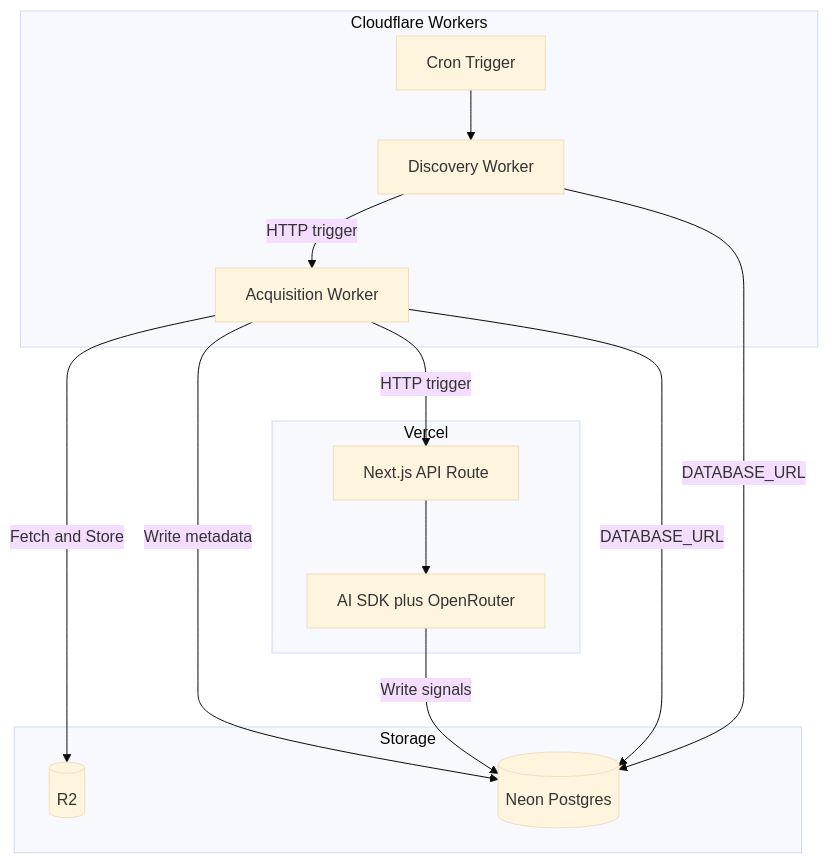
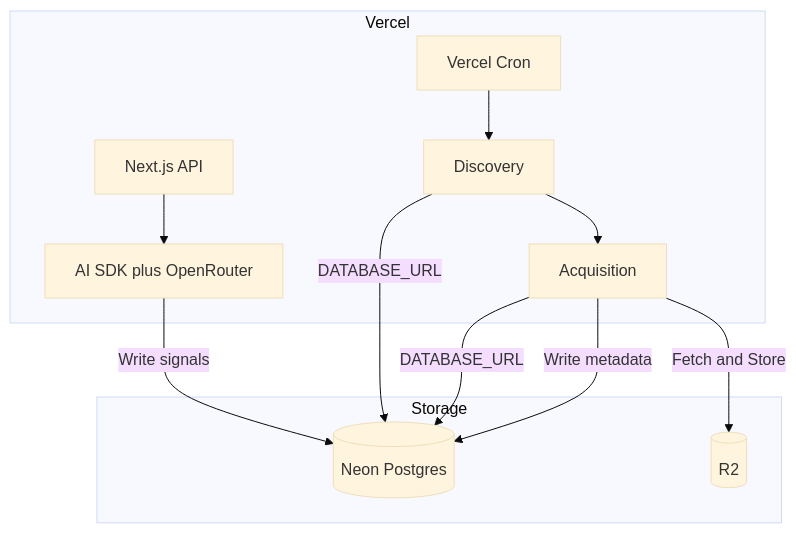
One commit to ramidecodes/agi-canary-index changed the diagram in docs/features/00-feature-roadmap.md. Above: the diagram before and after it, drawn with Mermaid (base theme). The commit also changed other lines of this file and 15 other files, not shown here.

````diff
--- a/docs/features/00-feature-roadmap.md
+++ b/docs/features/00-feature-roadmap.md
@@ -10,28 +10,24 @@
 ```mermaid
 flowchart TB
-    subgraph Cloudflare [Cloudflare Workers]
-        Cron[Cron Trigger]
-        Discovery[Discovery Worker]
-        Acquire[Acquisition Worker]
-    end
-
     subgraph Vercel [Vercel]
-        API[Next.js API Route]
+        Cron[Vercel Cron]
+        API[Next.js API]
         AI[AI SDK plus OpenRouter]
+        Discovery[Discovery]
+        Acquire[Acquisition]
     end
 
     subgraph Storage [Storage]
         Neon[(Neon Postgres)]
         R2[(R2)]
     end
 
     Cron --> Discovery
-    Discovery -->|HTTP trigger| Acquire
+    Discovery --> Acquire
     Acquire -->|Fetch and Store| R2
     Acquire -->|Write metadata| Neon
-    Acquire -->|HTTP trigger| API
     API --> AI
     AI -->|Write signals| Neon
     Discovery -->|DATABASE_URL| Neon
     Acquire -->|DATABASE_URL| Neon
 ```
````
